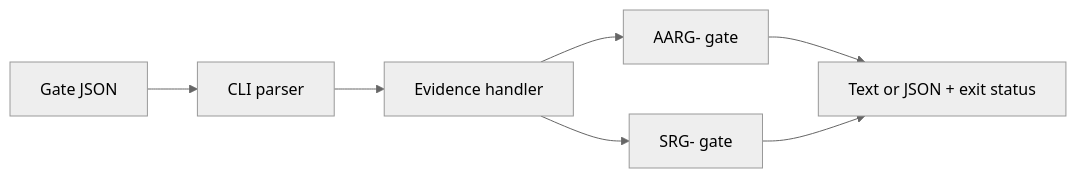
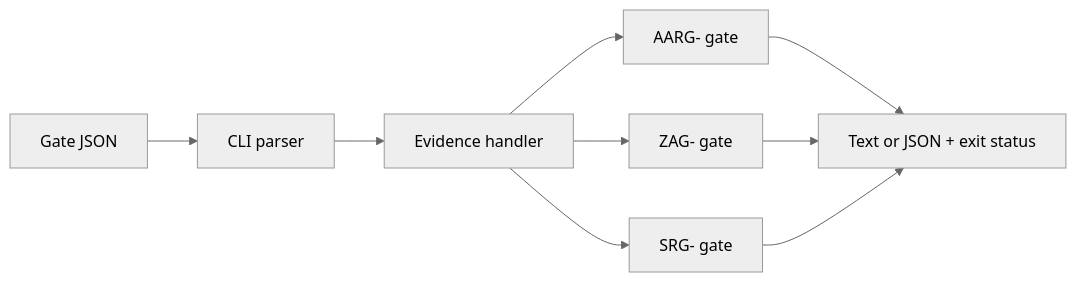
The first of 2 diagrams in src/openamp_foundry/cli/AGENTS.md (streamentry/OpenAMP-Foundry), drawn with Mermaid (neutral theme) before and after one commit. The commit also changed other lines of this file and 20 other files, not shown here.

````diff
--- a/src/openamp_foundry/cli/AGENTS.md
+++ b/src/openamp_foundry/cli/AGENTS.md
@@ -20,6 +22,7 @@
 ```mermaid
 flowchart LR
   JSON["Gate JSON"] --> Parser["CLI parser"] --> Handler["Evidence handler"]
   Handler --> AARG["AARG- gate"] --> Output["Text or JSON + exit status"]
+  Handler --> ZAG["ZAG- gate"] --> Output
   Handler --> SRG["SRG- gate"] --> Output
 ```
````
